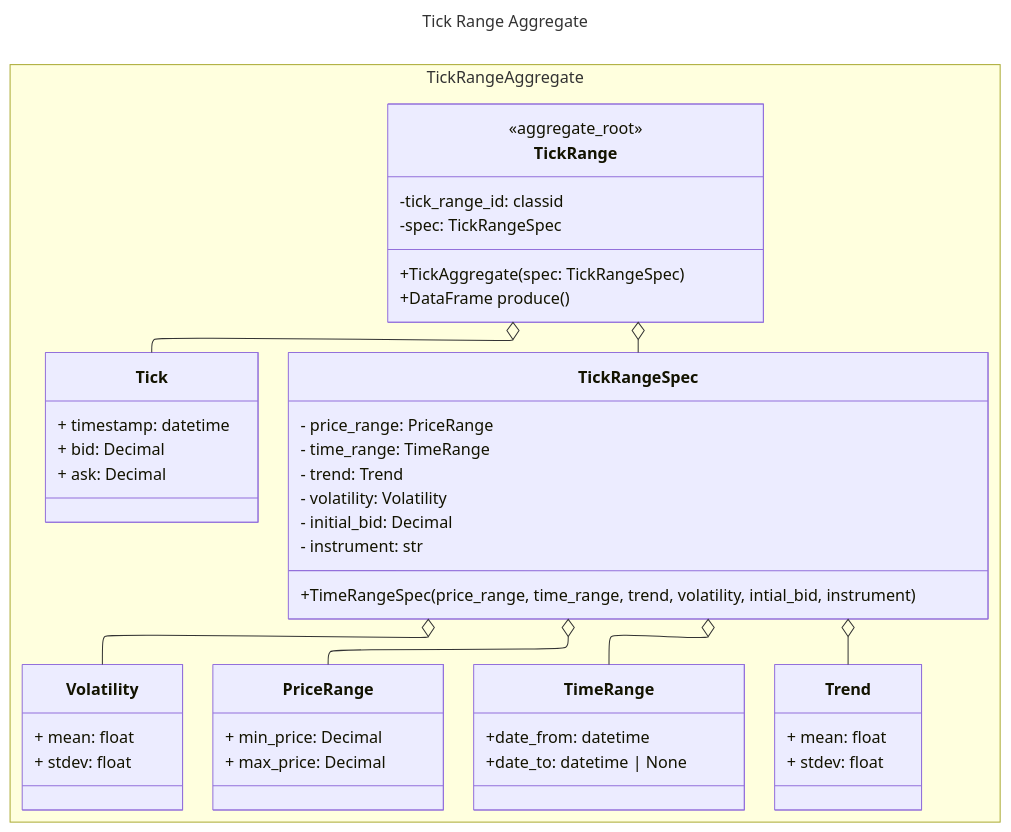
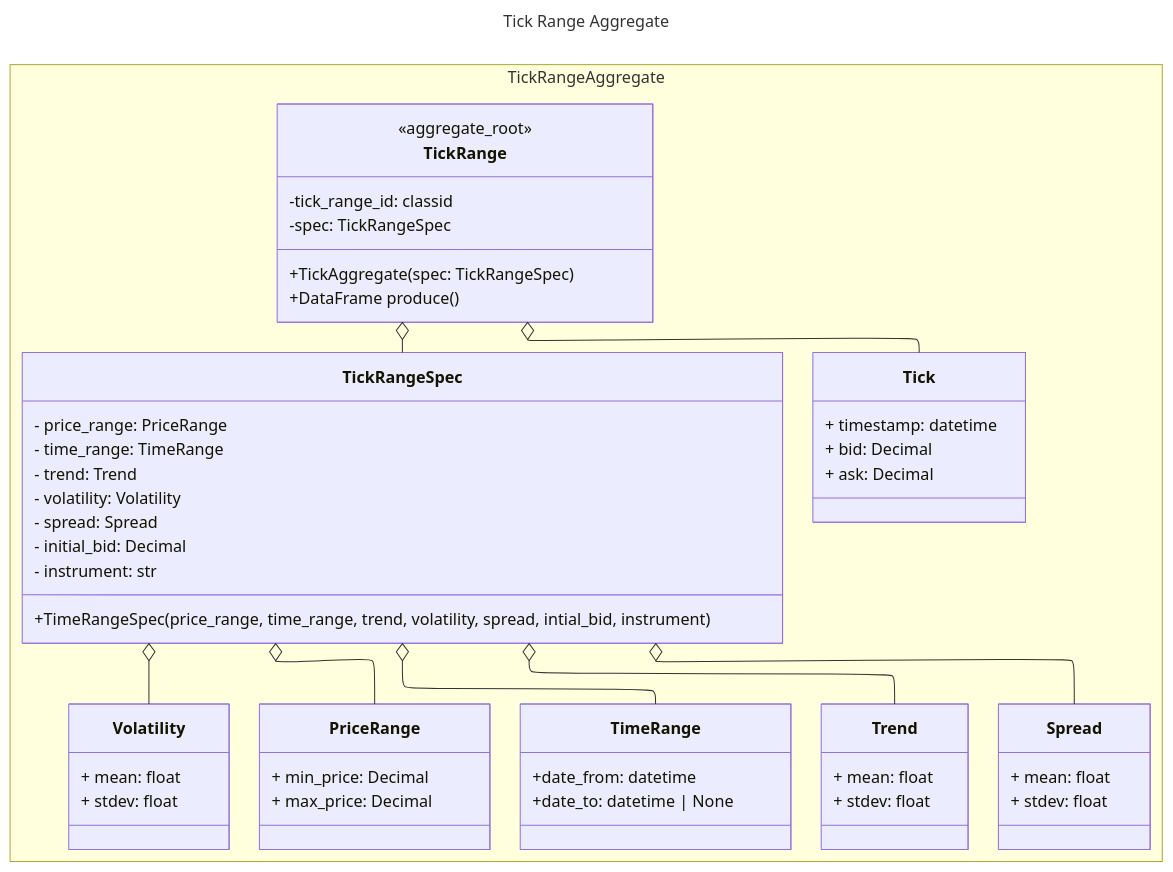
The second of 4 diagrams in docs/design/domain-analysis.md (mchiuminatto/synthetick), drawn with Mermaid before and after one commit. The commit also changed other lines of this file and 2 other files, not shown here.

````diff
--- a/docs/design/domain-analysis.md
+++ b/docs/design/domain-analysis.md
@@ -76,66 +75,73 @@
 ```mermaid
 ---
 config:
   theme: default
   look: classic
   layout: elk
 title: Tick Range Aggregate
 ---
 classDiagram
 
 namespace TickRangeAggregate{
 
   class TickRange <<aggregate_root>> {
     -tick_range_id: classid
     -spec: TickRangeSpec
     +TickAggregate(spec: TickRangeSpec)
     +DataFrame produce()
   }
 
 
   class TickRangeSpec{
     - price_range: PriceRange
     - time_range: TimeRange
     - trend: Trend
     - volatility: Volatility
+    - spread: Spread
     - initial_bid: Decimal
     - instrument: str
 
-    +TimeRangeSpec(price_range, time_range, trend, volatility, intial_bid, instrument)
+    +TimeRangeSpec(price_range, time_range, trend, volatility, spread, intial_bid, instrument)
   }
 
   class TimeRange{
     +date_from: datetime
     +date_to: datetime | None
   }
 
   class Volatility{
     + mean: float
     + stdev: float
   }
 
   class Trend{
+    + mean: float
+    + stdev: float
+  }
+
+  class Spread{
     + mean: float
     + stdev: float
   }
 
   class PriceRange{
     + min_price: Decimal
     + max_price: Decimal
   }
 
   class Tick{
     + timestamp: datetime
     + bid: Decimal
     + ask: Decimal
   }
 
 
 }
 TickRange o-- TickRangeSpec
 TickRange o-- Tick
 TickRangeSpec o-- PriceRange
 TickRangeSpec o-- TimeRange
 TickRangeSpec o-- Volatility
 TickRangeSpec o-- Trend
+TickRangeSpec o-- Spread
 ```
````
